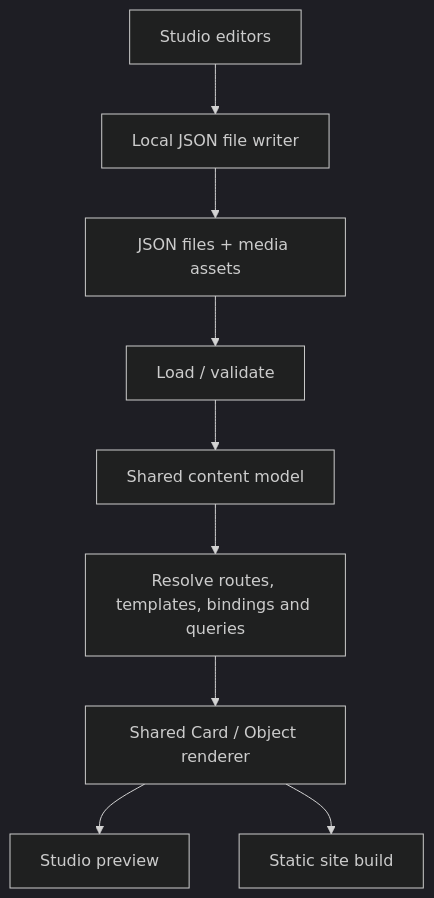
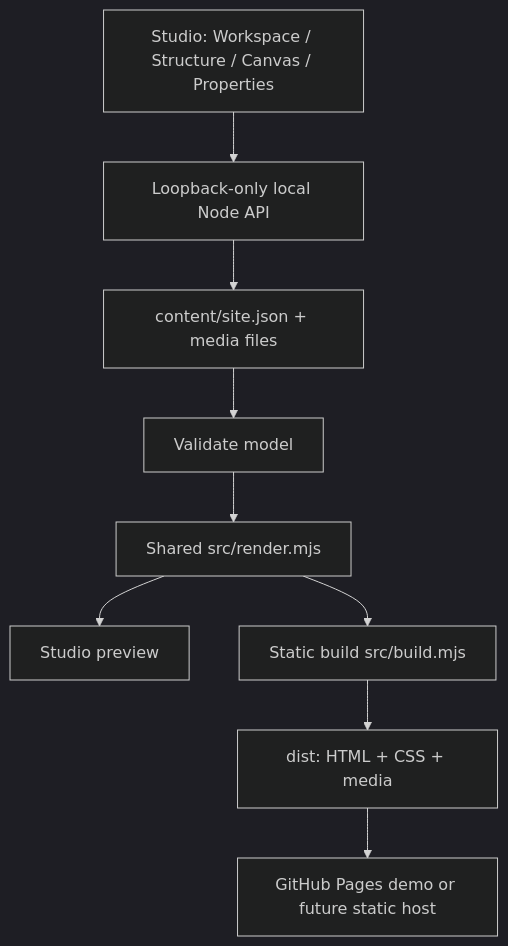
The diagram in docs/ARCHITECTURE.md (teodor-andonov/ta-website-builder-261012), drawn with Mermaid (dark theme) before and after one commit. The commit also changed other lines of this file and 78 other files, not shown here.

First line of the commit message:
V1: Content Studio and unindexed TA website staging (M8–M11) (#23)

````diff
--- a/docs/ARCHITECTURE.md
+++ b/docs/ARCHITECTURE.md
@@ -13,11 +10,11 @@
 ```mermaid
 flowchart TD
-    F[JSON files + media assets] --> L[Load / validate]
-    L --> M[Shared content model]
-    M --> T[Resolve routes, templates, bindings and queries]
-    T --> R[Shared Card / Object renderer]
-    R --> P[Studio preview]
-    R --> S[Static site build]
-    U[Studio editors] --> W[Local JSON file writer]
-    W --> F
+    J[content/site.json + media files] --> V[Validate model]
+    V --> R[Shared src/render.mjs]
+    R --> E[Studio preview]
+    R --> B[Static build src/build.mjs]
+    B --> D[dist: HTML + CSS + media]
+    D --> P[GitHub Pages demo or future static host]
+    UI[Studio: Workspace / Structure / Canvas / Properties] --> API[Loopback-only local Node API]
+    API --> J
 ```
````
